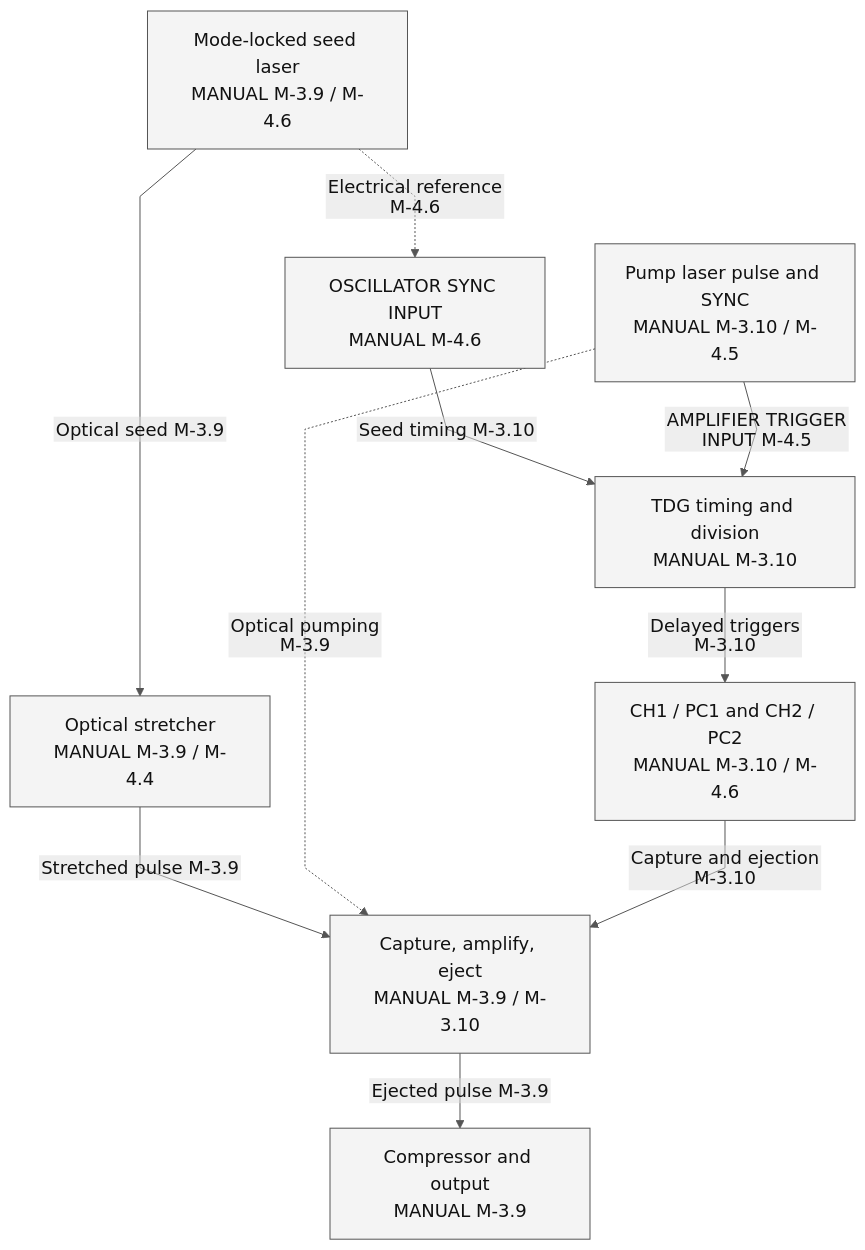
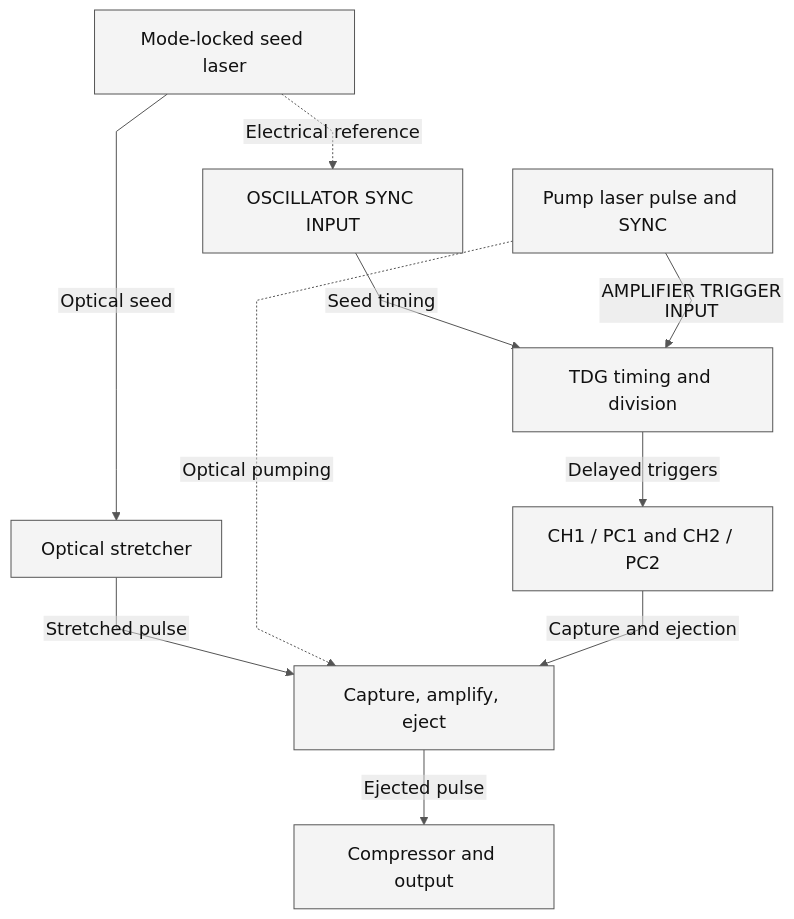
One commit to El-Carretero/PY_SPF changed the first of 2 diagrams in docs/spitfire_control_flow/02_signal_interlock.md. Above: the diagram before and after it, drawn with Mermaid. The commit also changed other lines of this file and 150 other files, not shown here.

Commit message:
docs: simplify control diagrams and publish matching Korean edition

````diff
--- a/docs/spitfire_control_flow/02_signal_interlock.md
+++ b/docs/spitfire_control_flow/02_signal_interlock.md
@@ -39,22 +39,22 @@
 ```mermaid
 %% caption: Figure 2A. Optical path and two independent timing references
-%%{init: {"theme":"base","themeVariables":{"fontSize":"18px","fontFamily":"Arial","primaryColor":"#f4f4f4","primaryTextColor":"#111111","primaryBorderColor":"#555555","lineColor":"#555555","secondaryColor":"#dddddd","tertiaryColor":"#ffffff"},"flowchart":{"htmlLabels":false,"curve":"linear"}}}%%
+%%{init: {"theme":"base","themeVariables":{"fontSize":"18px","fontFamily":"URW Gothic","primaryColor":"#f4f4f4","primaryTextColor":"#111111","primaryBorderColor":"#555555","lineColor":"#555555","secondaryColor":"#dddddd","tertiaryColor":"#ffffff"},"flowchart":{"htmlLabels":false,"curve":"linear"}}}%%
 flowchart TB
-  SEED["Mode-locked seed laser\nMANUAL M-3.9 / M-4.6"]
-  STRETCH["Optical stretcher\nMANUAL M-3.9 / M-4.4"]
-  CAVITY["Capture, amplify, eject\nMANUAL M-3.9 / M-3.10"]
-  COMP["Compressor and output\nMANUAL M-3.9"]
-  RF["OSCILLATOR SYNC INPUT\nMANUAL M-4.6"]
-  PUMP["Pump laser pulse and SYNC\nMANUAL M-3.10 / M-4.5"]
-  TDG["TDG timing and division\nMANUAL M-3.10"]
-  PC["CH1 / PC1 and CH2 / PC2\nMANUAL M-3.10 / M-4.6"]
-  SEED -->|"Optical seed M-3.9"| STRETCH
-  STRETCH -->|"Stretched pulse M-3.9"| CAVITY
-  CAVITY -->|"Ejected pulse M-3.9"| COMP
-  SEED -.->|"Electrical reference M-4.6"| RF
-  RF -->|"Seed timing M-3.10"| TDG
-  PUMP -->|"AMPLIFIER TRIGGER INPUT M-4.5"| TDG
-  PUMP -.->|"Optical pumping M-3.9"| CAVITY
-  TDG -->|"Delayed triggers M-3.10"| PC
-  PC -->|"Capture and ejection M-3.10"| CAVITY
+  SEED["Mode-locked seed laser"]
+  STRETCH["Optical stretcher"]
+  CAVITY["Capture, amplify, eject"]
+  COMP["Compressor and output"]
+  RF["OSCILLATOR SYNC INPUT"]
+  PUMP["Pump laser pulse and SYNC"]
+  TDG["TDG timing and division"]
+  PC["CH1 / PC1 and CH2 / PC2"]
+  SEED -->|"Optical seed"| STRETCH
+  STRETCH -->|"Stretched pulse"| CAVITY
+  CAVITY -->|"Ejected pulse"| COMP
+  SEED -.->|"Electrical reference"| RF
+  RF -->|"Seed timing"| TDG
+  PUMP -->|"AMPLIFIER TRIGGER INPUT"| TDG
+  PUMP -.->|"Optical pumping"| CAVITY
+  TDG -->|"Delayed triggers"| PC
+  PC -->|"Capture and ejection"| CAVITY
 ```
````
